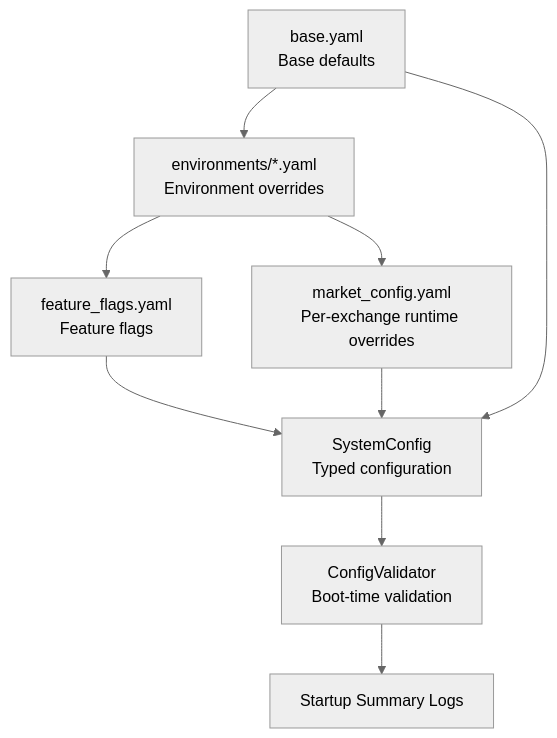
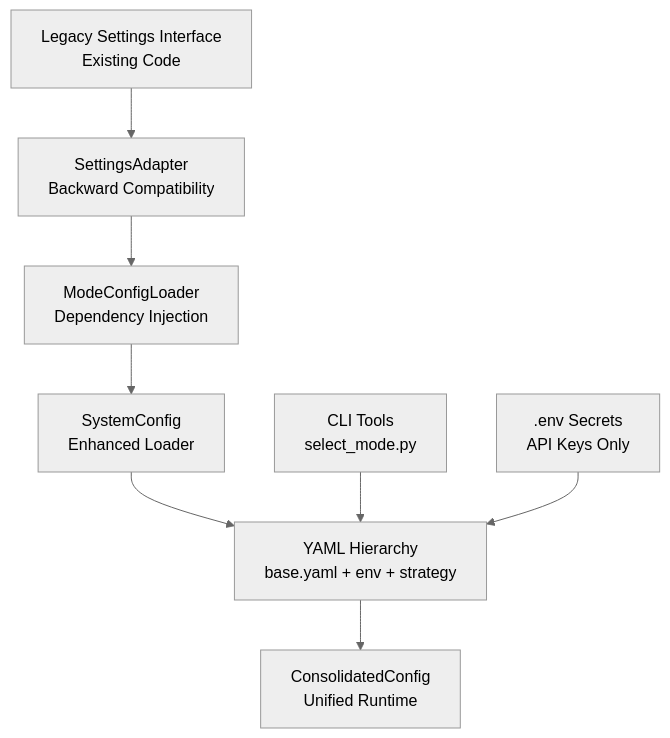
One commit to gemrajkhatry-maker/v5-of-glassytrade-ai changed the first of 3 diagrams in .qoder/repowiki/en/content/Configuration Management.md. Above: the diagram before and after it, drawn with Mermaid (neutral theme). The commit also changed other lines of this file and 930 other files, not shown here.

````diff
--- a/.qoder/repowiki/en/content/Configuration Management.md
+++ b/.qoder/repowiki/en/content/Configuration Management.md
@@ -42,11 +54,10 @@
 ```mermaid
 graph TB
-A["base.yaml<br/>Base defaults"] --> B["environments/*.yaml<br/>Environment overrides"]
-B --> C["feature_flags.yaml<br/>Feature flags"]
-B --> D["market_config.yaml<br/>Per-exchange runtime overrides"]
-C --> E["SystemConfig<br/>Typed configuration"]
-D --> E
-A --> E
-E --> F["ConfigValidator<br/>Boot-time validation"]
-F --> G["Startup Summary Logs"]
+A["SettingsAdapter<br/>Backward Compatibility"] --> B["ModeConfigLoader<br/>Dependency Injection"]
+B --> C["SystemConfig<br/>Enhanced Loader"]
+C --> D["YAML Hierarchy<br/>base.yaml + env + strategy"]
+D --> E["ConsolidatedConfig<br/>Unified Runtime"]
+F["CLI Tools<br/>select_mode.py"] --> D
+G["Legacy Settings Interface<br/>Existing Code"] --> A
+H[".env Secrets<br/>API Keys Only"] --> D
 ```
````
